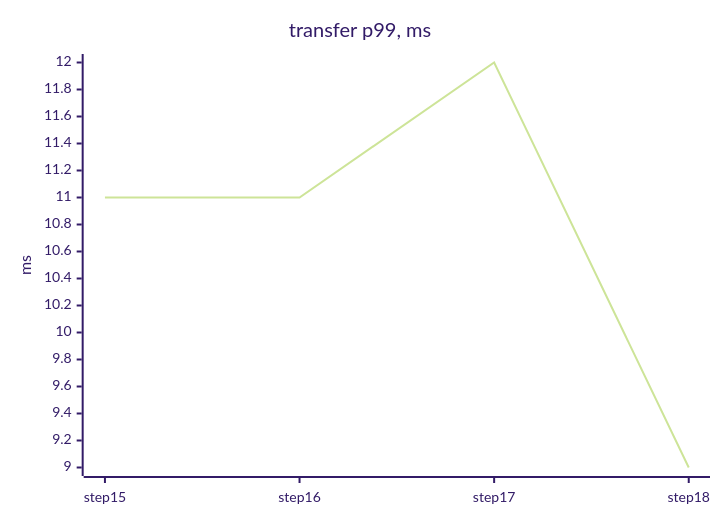
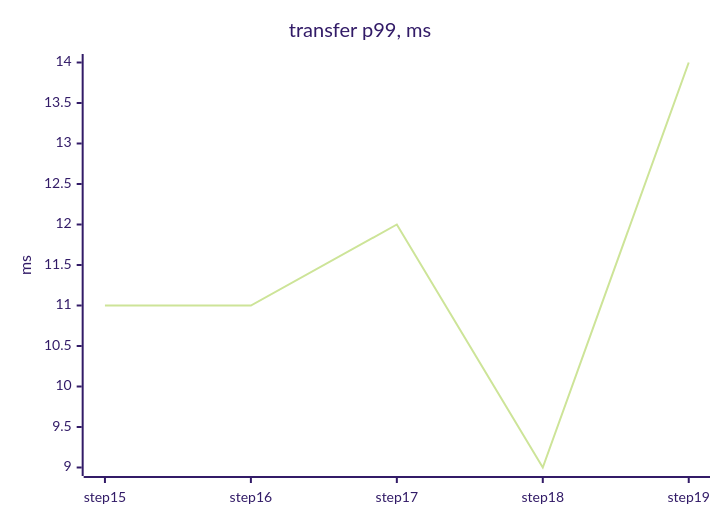
Before and after one commit to tanvoid0/ledgerflow: the first of 4 diagrams in docs/perf/README.md, drawn with Mermaid (forest theme). The commit also changed other lines of this file and 6 other files, not shown here.

````diff
--- a/docs/perf/README.md
+++ b/docs/perf/README.md
@@ -21,7 +22,7 @@
 ```mermaid
 xychart-beta
     title "transfer p99, ms"
-    x-axis ["step15", "step16", "step17", "step18"]
+    x-axis ["step15", "step16", "step17", "step18", "step19"]
     y-axis "ms"
-    line [11, 11, 12, 9]
+    line [11, 11, 12, 9, 14]
 ```
````
